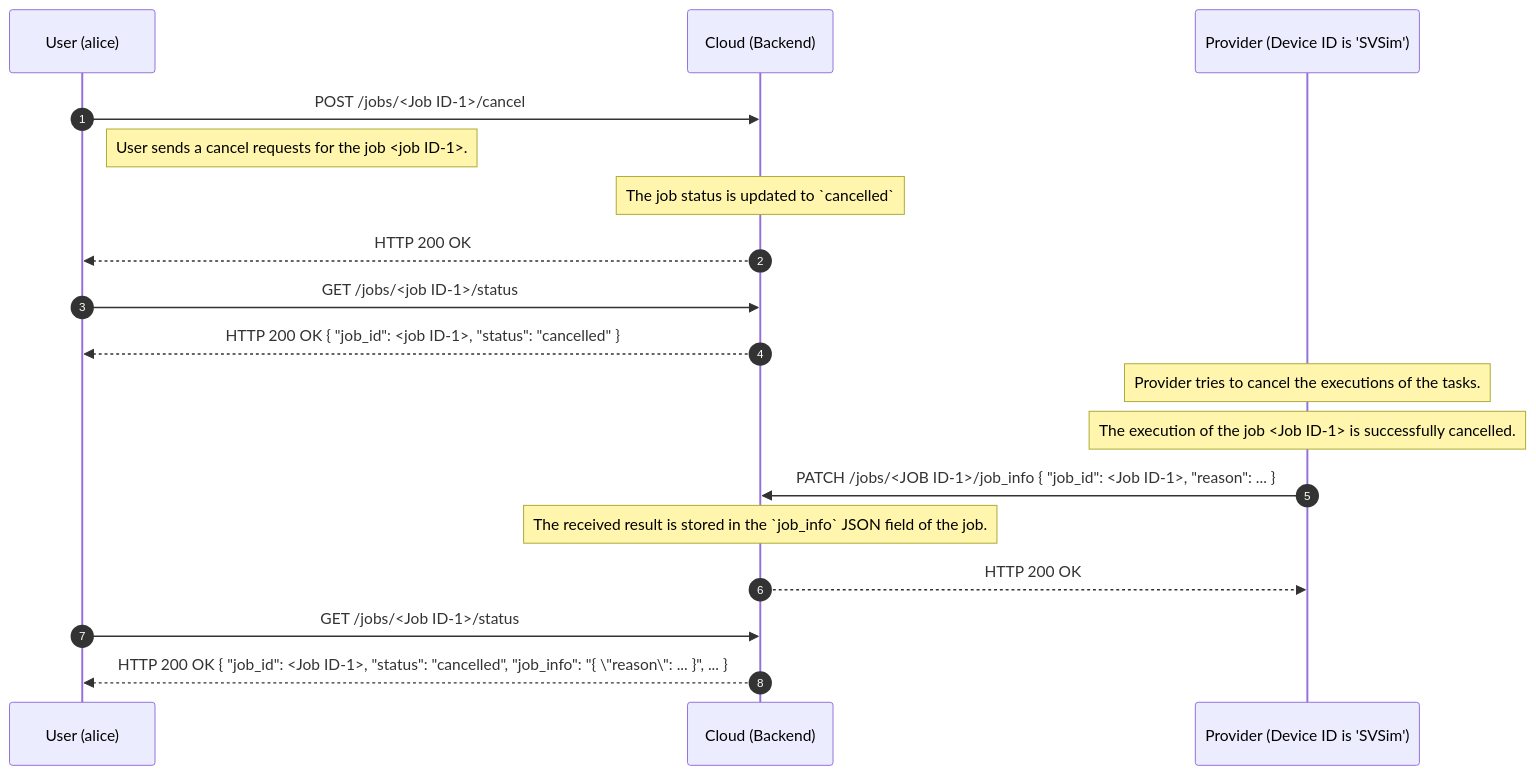
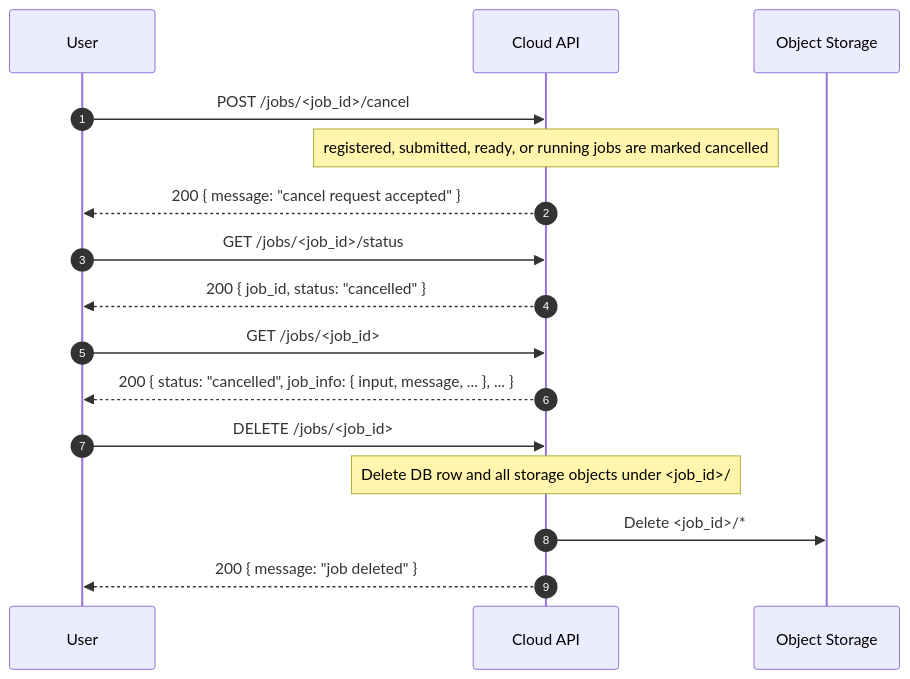
One commit to oqtopus-team/oqtopus-cloud changed the third of 3 diagrams in docs/en/architecture/sequence_diagram.md. Above: the diagram before and after it, drawn with Mermaid. The commit also changed other lines of this file and 6 other files, not shown here.

Commit message:
docs: clarify S3-based job storage flow and artifact format (#466)

````diff
--- a/docs/en/architecture/sequence_diagram.md
+++ b/docs/en/architecture/sequence_diagram.md
@@ -147,25 +103,22 @@
 ```mermaid
 sequenceDiagram
     autonumber
-    participant User as User (alice)
-    participant Cloud as Cloud (Backend)
-    participant Provider as Provider (Device ID is 'SVSim')
+    participant User as User
+    participant Cloud as Cloud API
+    participant Storage as Object Storage
 
-    User->>Cloud: POST /jobs/<Job ID-1>/cancel
-    Note right of User: User sends a cancel requests for the job <job ID-1>.
-    Note over Cloud: The job status is updated to `cancelled`
-    Cloud-->>User: HTTP 200 OK
+    User->>Cloud: POST /jobs/<job_id>/cancel
+    Note over Cloud: registered, submitted, ready, or running jobs are marked cancelled
+    Cloud-->>User: 200 { message: "cancel request accepted" }
 
-    User->>Cloud: GET /jobs/<job ID-1>/status
-    Cloud-->>User: HTTP 200 OK { "job_id": <job ID-1>, "status": "cancelled" }
+    User->>Cloud: GET /jobs/<job_id>/status
+    Cloud-->>User: 200 { job_id, status: "cancelled" }
 
-    Note over Provider: Provider tries to cancel the executions of the tasks.
-    Note over Provider: The execution of the job  <Job ID-1> is successfully cancelled.
-    Provider->>Cloud: PATCH /jobs/<JOB ID-1>/job_info { "job_id": <Job ID-1>, "reason": ... }
+    User->>Cloud: GET /jobs/<job_id>
+    Cloud-->>User: 200 { status: "cancelled", job_info: { input, message, ... }, ... }
 
-    Note over Cloud: The received result is stored in the `job_info` JSON field of the job.
-    Cloud-->>Provider: HTTP 200 OK
-
-    User->>Cloud: GET /jobs/<Job ID-1>/status
-    Cloud-->>User: HTTP 200 OK { "job_id": <Job ID-1>, "status": "cancelled", "job_info": "{ \"reason\": ... }", ... }
+    User->>Cloud: DELETE /jobs/<job_id>
+    Note over Cloud: Delete DB row and all storage objects under <job_id>/
+    Cloud->>Storage: Delete <job_id>/*
+    Cloud-->>User: 200 { message: "job deleted" }
 ```
````
